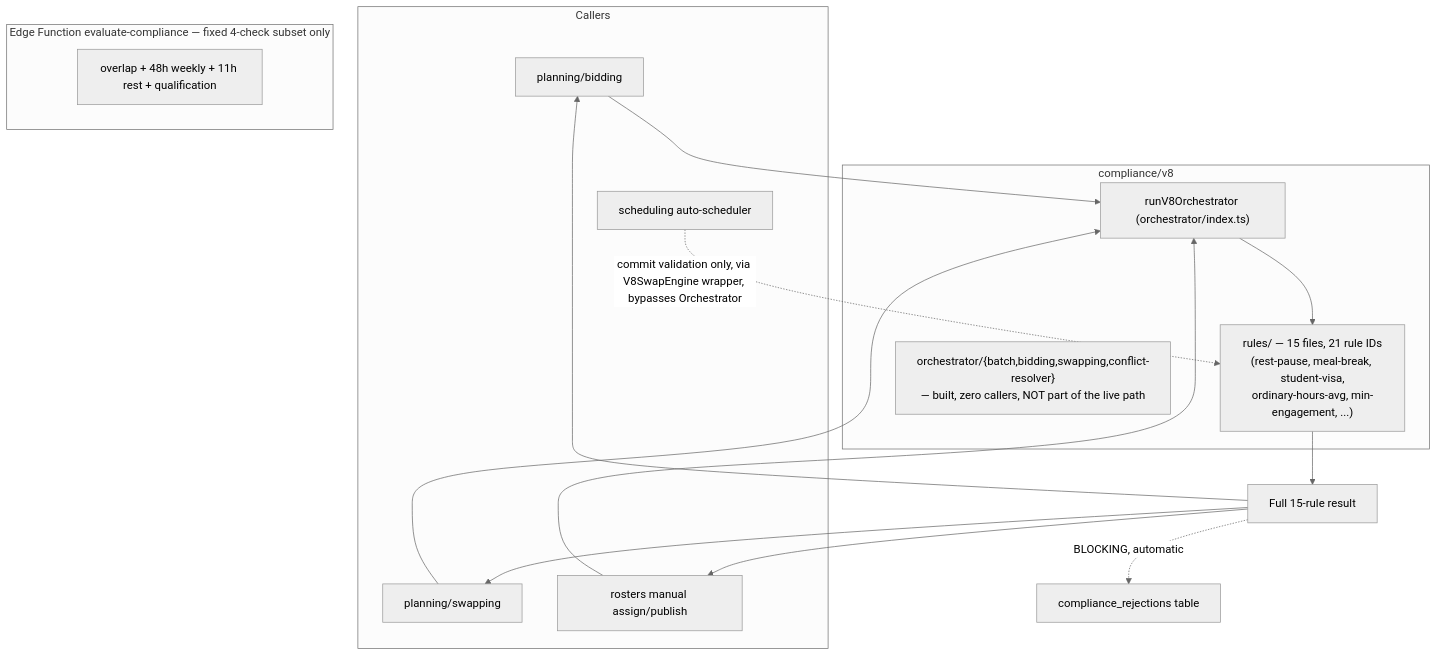
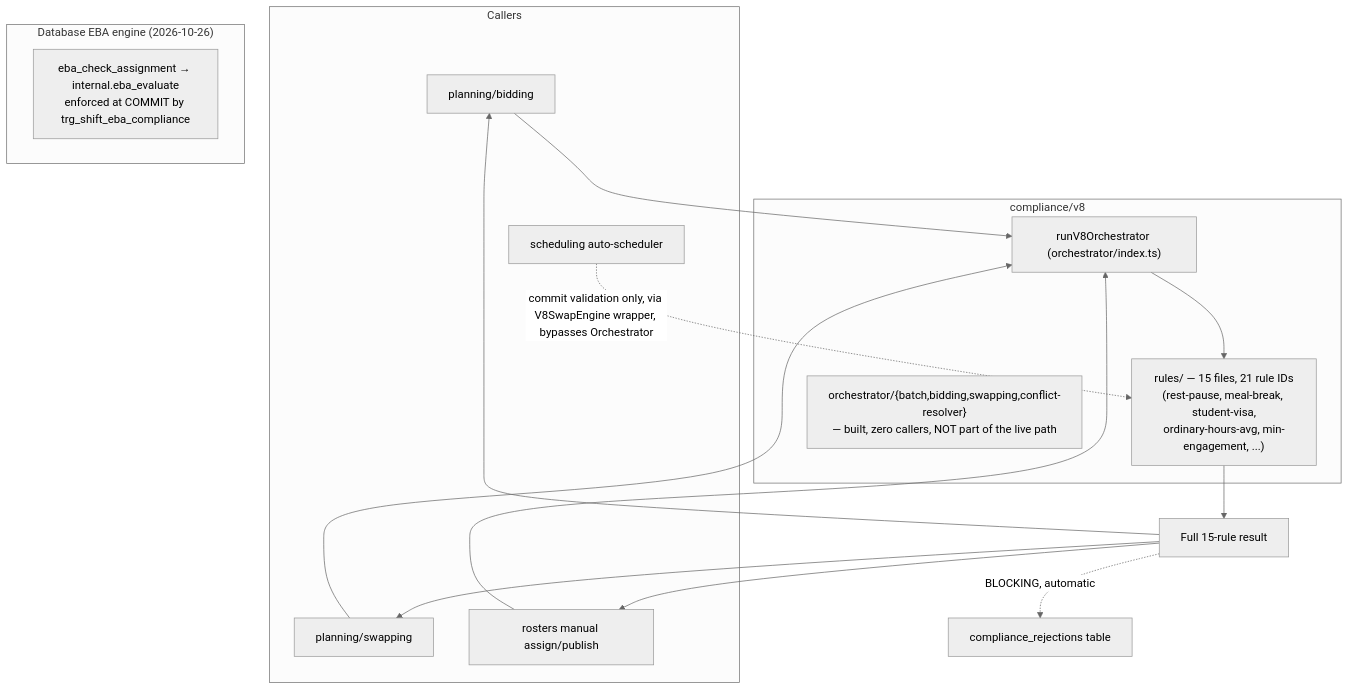
The eighth of 10 diagrams in docs/rulebook/02-architecture.md (VinayakKuanr-UNSW/Shiftopia), drawn with Mermaid (neutral theme) before and after one commit. The commit also changed other lines of this file and 129 other files, not shown here.

First line of the commit message:
feat: meal-break windows, EBA compliance enforced in the database, safer publish

````diff
--- a/docs/rulebook/02-architecture.md
+++ b/docs/rulebook/02-architecture.md
@@ -273,29 +273,29 @@
 ```mermaid
 graph TB
     subgraph Callers
         Bidding[planning/bidding]
         Swapping[planning/swapping]
         Manual[rosters manual assign/publish]
         AutoSched[scheduling auto-scheduler]
     end
 
     subgraph V8["compliance/v8"]
         Rules["rules/ — 15 files, 21 rule IDs<br/>(rest-pause, meal-break, student-visa,<br/>ordinary-hours-avg, min-engagement, ...)"]
         Orchestrator["runV8Orchestrator (orchestrator/index.ts)"]
         Dormant["orchestrator/{batch,bidding,swapping,conflict-resolver}<br/>— built, zero callers, NOT part of the live path"]
     end
-    subgraph EdgeFixed["Edge Function evaluate-compliance — fixed 4-check subset only"]
-        FixedCheck["overlap + 48h weekly + 11h rest + qualification"]
+    subgraph DbEngine["Database EBA engine (2026-10-26)"]
+        DbCheck["eba_check_assignment → internal.eba_evaluate<br/>enforced at COMMIT by trg_shift_eba_compliance"]
     end
 
     Bidding --> Orchestrator
     Swapping --> Orchestrator
     Manual --> Orchestrator
     AutoSched -.->|"commit validation only, via V8SwapEngine wrapper, bypasses Orchestrator"| Rules
     Orchestrator --> Rules
     Rules --> Result["Full 15-rule result"]
     Result --> Bidding
     Result --> Swapping
     Result --> Manual
     Result -.->|"BLOCKING, automatic"| RejectionLog[compliance_rejections table]
 ```
````
